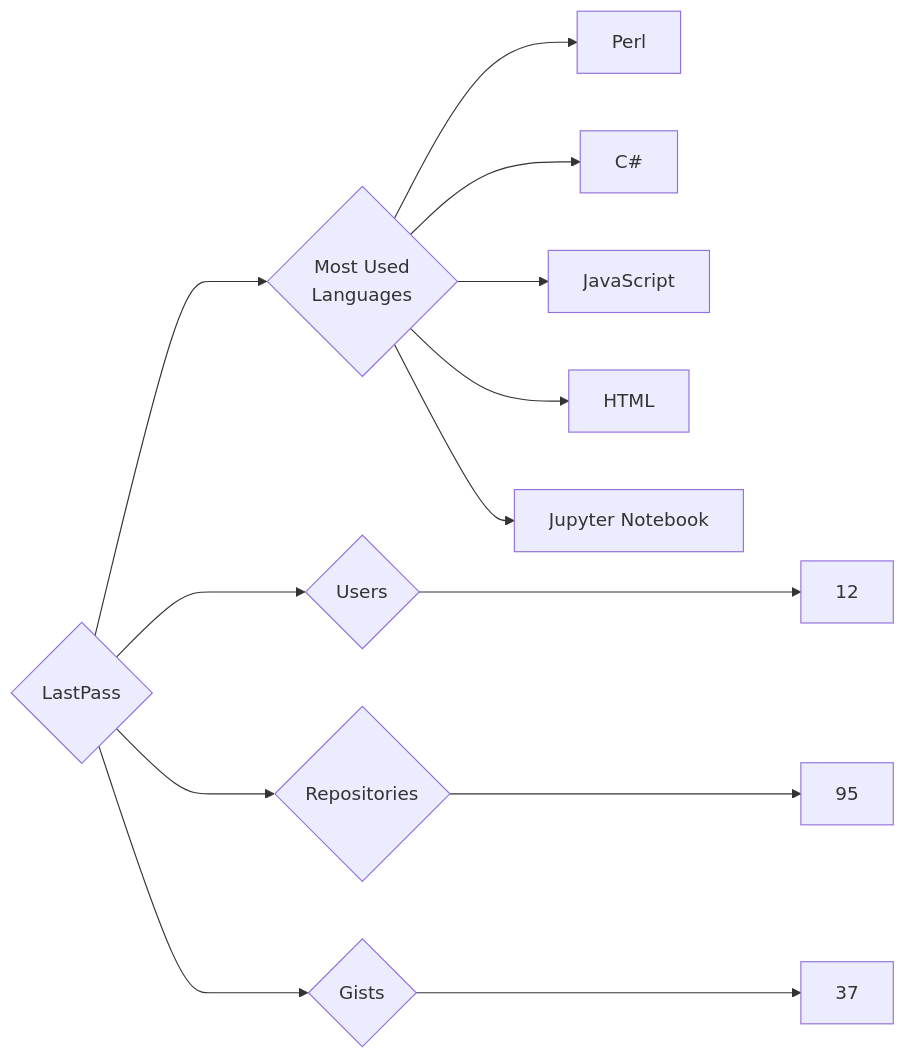
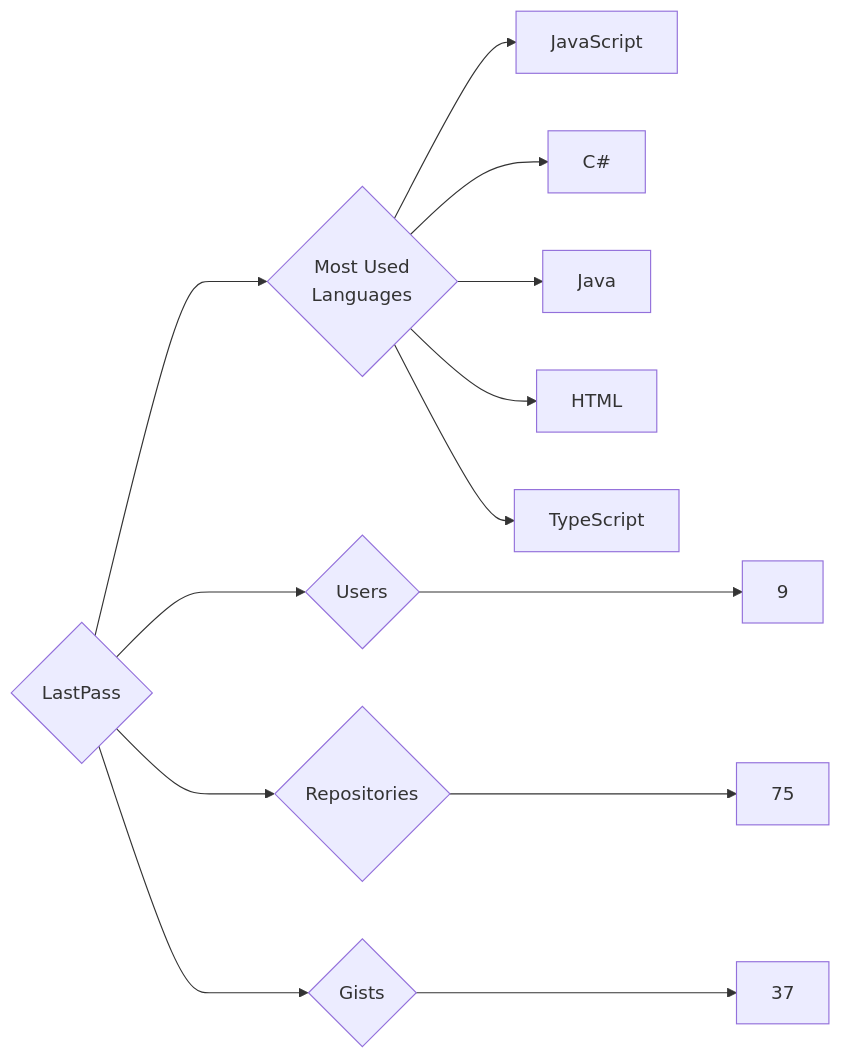
Before and after one commit to trickest/insiders: the diagram in targets/LastPass/README.md, drawn with Mermaid. The commit also changed 951 other files, not shown here.

````diff
--- a/targets/LastPass/README.md
+++ b/targets/LastPass/README.md
@@ -3,13 +3,13 @@
 ```mermaid
 graph LR
 COMPANY_NAME{LastPass}
-COMPANY_NAME ---> U{Users} ---> UN[12]
-COMPANY_NAME ---> R{Repositories} ---> RN[95]
+COMPANY_NAME ---> U{Users} ---> UN[9]
+COMPANY_NAME ---> R{Repositories} ---> RN[75]
 COMPANY_NAME ---> G{Gists} ---> GN[37]
 COMPANY_NAME ---> ML{Most Used<br>Languages}
-ML --> Perl[Perl]
+ML --> JavaScript[JavaScript]
 ML --> C#[C#]
-ML --> JavaScript[JavaScript]
+ML --> Java[Java]
 ML --> HTML[HTML]
-ML --> Jupyter_Notebook[Jupyter Notebook]
+ML --> TypeScript[TypeScript]
 ```
````
